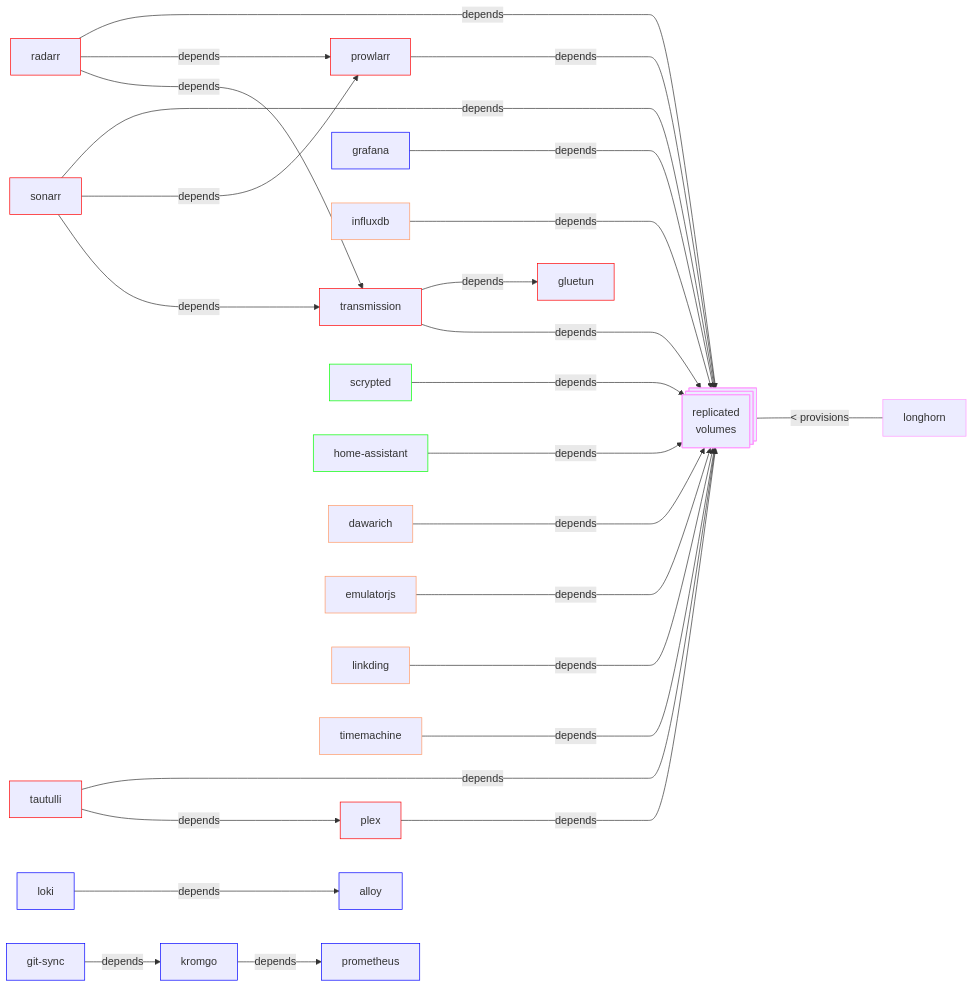
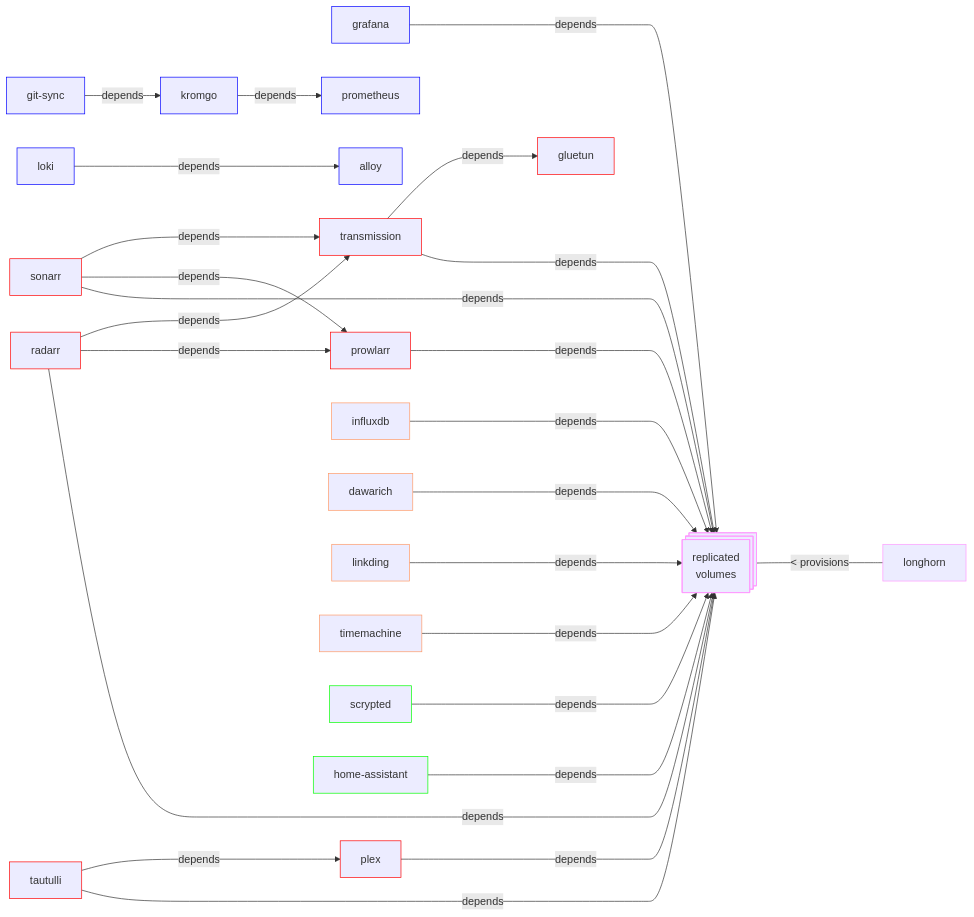
One commit to jaredfiorali/infrastructure changed the first of 3 diagrams in README.md. Above: the diagram before and after it, drawn with Mermaid. The commit also changed other lines of this file, not shown here.

Commit message:
README update. More diagrams and better network description

````diff
--- a/README.md
+++ b/README.md
@@ -82,36 +82,35 @@
 ```mermaid
 graph LR
+L[grafana]:::blue -----> |depends| H[replicated\nvolumes]
+Z[git-sync]:::blue --> |depends| N[kromgo]
+N[kromgo]:::blue --> |depends| I[prometheus]
 A[plex]:::red -----> |depends| H[replicated\nvolumes]
 B[prowlarr]:::red -----> |depends| H[replicated\nvolumes]
 C[radarr]:::red -----> |depends| H[replicated\nvolumes]
 C[radarr]:::red ---> |depends| B[prowlarr]
 C[radarr]:::red ---> |depends| F[transmission]
 D[sonarr]:::red -----> |depends| H[replicated\nvolumes]
 D[sonarr]:::red ---> |depends| B[prowlarr]
 D[sonarr]:::red ---> |depends| F[transmission]
 E[tautulli]:::red -----> |depends| H[replicated\nvolumes]
 E[tautulli]:::red ---> |depends| A[plex]
+F[transmission]:::red -----> |depends| H[replicated\nvolumes]
 F[transmission]:::red ---> |depends| G[gluetun]
-F[transmission]:::red -----> |depends| H[replicated\nvolumes]
-L[grafana]:::blue -----> |depends| H[replicated\nvolumes]
+O[loki]:::blue ---> |depends| K[alloy]
 M[influxdb]:::orange -----> |depends| H[replicated\nvolumes]
-O[loki]:::blue ---> |depends| K[alloy]
+T[dawarich]:::orange -----> |depends| H[replicated\nvolumes]
+V[linkding]:::orange -----> |depends| H[replicated\nvolumes]
+Y[timemachine]:::orange -----> |depends| H[replicated\nvolumes]
 R[scrypted]:::green -----> |depends| H[replicated\nvolumes]
 S[home-assistant]:::green -----> |depends| H[replicated\nvolumes]
-T[dawarich]:::orange -----> |depends| H[replicated\nvolumes]
-U[emulatorjs]:::orange -----> |depends| H[replicated\nvolumes]
-V[linkding]:::orange -----> |depends| H[replicated\nvolumes]
-Y[timemachine]:::orange -----> |depends| H[replicated\nvolumes]
-Z[git-sync]:::blue --> |depends| N[kromgo]
-N[kromgo]:::blue --> |depends| I[prometheus]
 I[prometheus]:::blue
 G[gluetun]:::red
 K[alloy]:::blue
 H:::pink@{ shape: processes, label: "replicated\nvolumes" } <--- |< provisions| J[longhorn]:::pink
 
 classDef red stroke:#f00
 classDef blue stroke:#00f
 classDef green stroke:#0f0
 classDef orange stroke:#f96
 classDef pink stroke:#f9f
 ```
````
